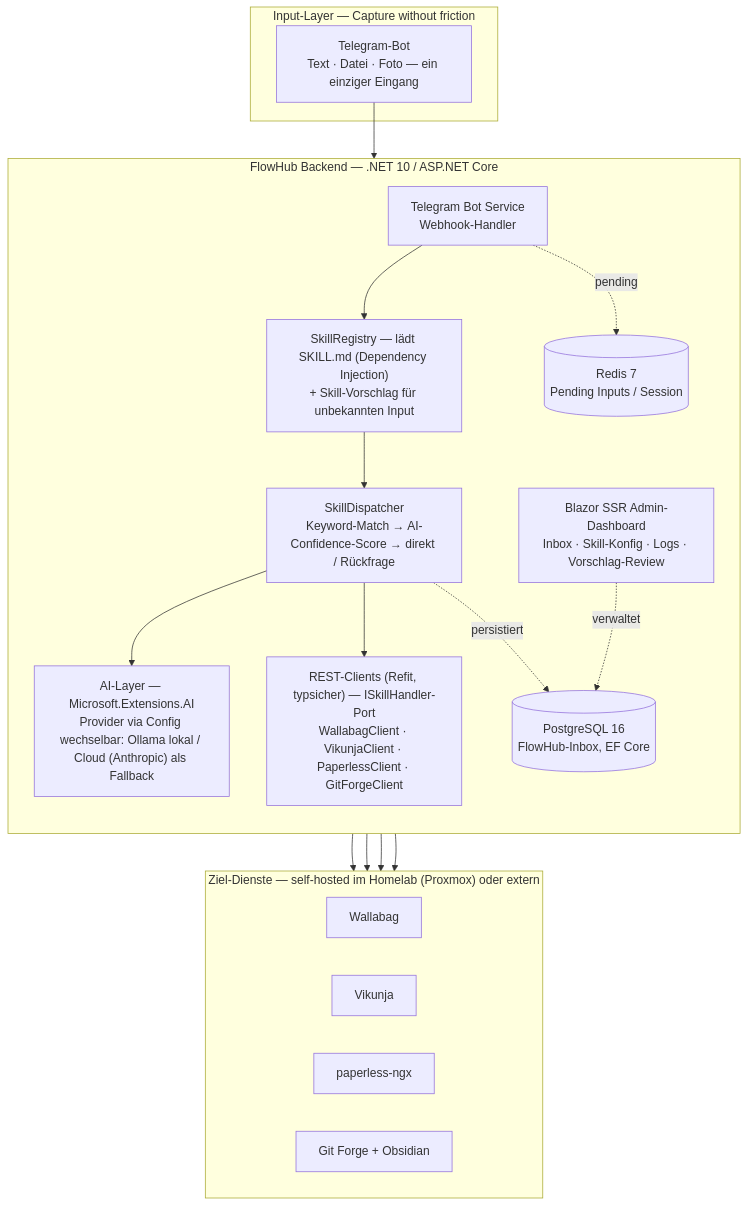
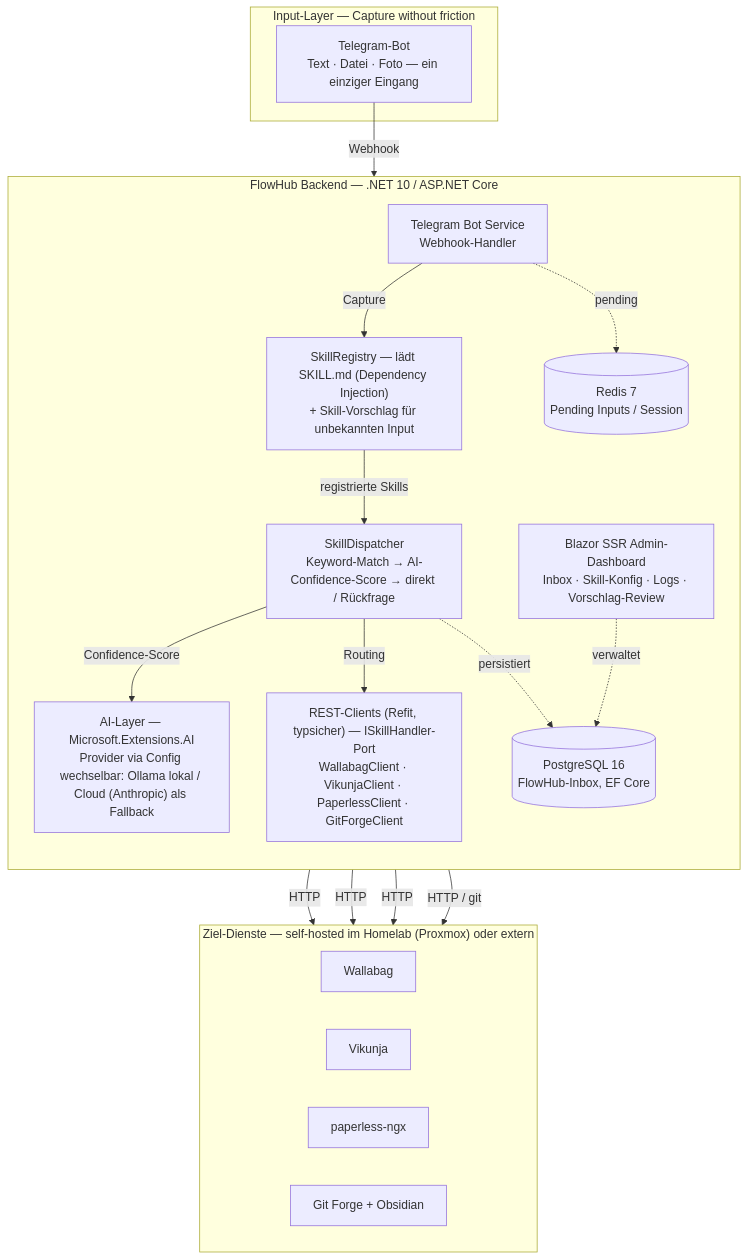
One commit to freaxnx01/FlowHub-CAS-AISE changed the second of 2 diagrams in docs/projektbeschreibung/FlowHub_Projektbeschreibung_v4.md. Above: the diagram before and after it, drawn with Mermaid. The commit also changed other lines of this file and 4 other files, not shown here.

First line of the commit message:
docs(diagrams): label every connecting line in the block-and-line diagrams

````diff
--- a/docs/projektbeschreibung/FlowHub_Projektbeschreibung_v4.md
+++ b/docs/projektbeschreibung/FlowHub_Projektbeschreibung_v4.md
@@ -347,37 +347,39 @@
 ```mermaid
 flowchart TB
     subgraph IN["Input-Layer — Capture without friction"]
         TG["Telegram-Bot<br/>Text · Datei · Foto — ein einziger Eingang"]
     end
 
     subgraph BE["FlowHub Backend — .NET 10 / ASP.NET Core"]
         direction TB
         BOT["Telegram Bot Service<br/>Webhook-Handler"]
         REG["SkillRegistry — lädt SKILL.md (Dependency Injection)<br/>+ Skill-Vorschlag für unbekannten Input"]
         DISP["SkillDispatcher<br/>Keyword-Match → AI-Confidence-Score → direkt / Rückfrage"]
         AI["AI-Layer — Microsoft.Extensions.AI<br/>Provider via Config wechselbar: Ollama lokal / Cloud (Anthropic) als Fallback"]
         RC["REST-Clients (Refit, typsicher) — ISkillHandler-Port<br/>WallabagClient · VikunjaClient · PaperlessClient · GitForgeClient"]
         WEB["Blazor SSR Admin-Dashboard<br/>Inbox · Skill-Konfig · Logs · Vorschlag-Review"]
         PG[("PostgreSQL 16<br/>FlowHub-Inbox, EF Core")]
         RD[("Redis 7<br/>Pending Inputs / Session")]
     end
 
     subgraph TGT["Ziel-Dienste — self-hosted im Homelab (Proxmox) oder extern"]
         direction LR
         WB["Wallabag"]
         VK["Vikunja"]
         PL["paperless-ngx"]
         GL["Git Forge + Obsidian"]
     end
 
-    TG --> BOT --> REG --> DISP
-    DISP --> AI
-    DISP --> RC
-    RC --> WB
-    RC --> VK
-    RC --> PL
-    RC --> GL
+    TG -->|Webhook| BOT
+    BOT -->|Capture| REG
+    REG -->|registrierte Skills| DISP
+    DISP -->|Confidence-Score| AI
+    DISP -->|Routing| RC
+    RC -->|HTTP| WB
+    RC -->|HTTP| VK
+    RC -->|HTTP| PL
+    RC -->|HTTP / git| GL
     DISP -. persistiert .-> PG
     BOT -. pending .-> RD
     WEB -. verwaltet .-> PG
 ```
````
